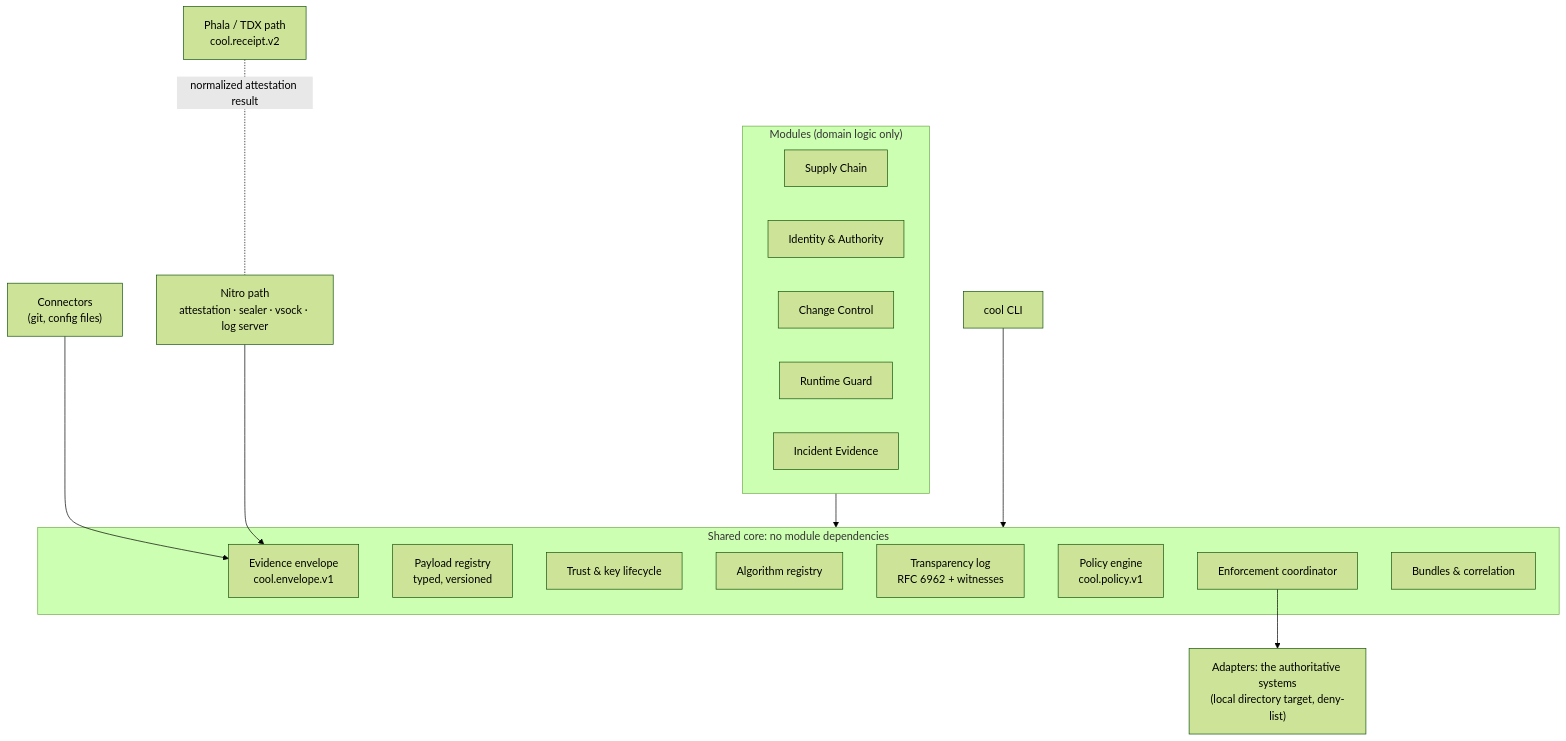
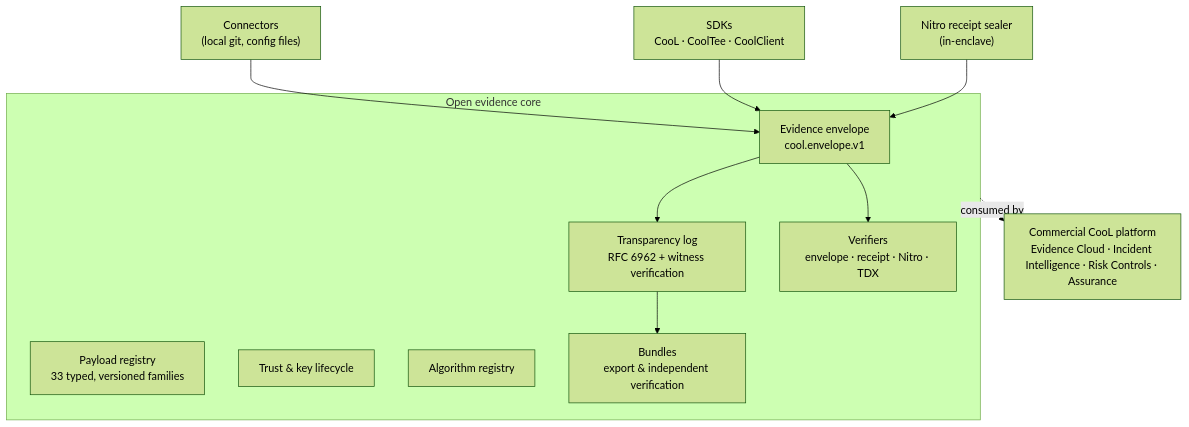
The diagram in docs/platform.md (Northwind-Cipher/cool-sdk), drawn with Mermaid (forest theme) before and after one commit. The commit also changed other lines of this file and 154 other files, not shown here.

First line of the commit message:
feat!: CooL open core under Apache-2.0; commercial layer moves private

````diff
--- a/docs/platform.md
+++ b/docs/platform.md
@@ -15,26 +15,18 @@
 ```mermaid
 flowchart TB
-  subgraph modules["Modules (domain logic only)"]
-    SC["Supply Chain"]
-    ID["Identity & Authority"]
-    CC["Change Control"]
-    RG["Runtime Guard"]
-    IE["Incident Evidence"]
-  end
-  subgraph core["Shared core: no module dependencies"]
+  CON["Connectors<br/>(local git, config files)"] --> ENV
+  SDK["SDKs<br/>CooL · CoolTee · CoolClient"] --> ENV
+  NIT["Nitro receipt sealer<br/>(in-enclave)"] --> ENV
+  subgraph core["Open evidence core"]
     ENV["Evidence envelope<br/>cool.envelope.v1"]
-    PAY["Payload registry<br/>typed, versioned"]
+    PAY["Payload registry<br/>33 typed, versioned families"]
     TRU["Trust & key lifecycle"]
     ALG["Algorithm registry"]
-    TRA["Transparency log<br/>RFC 6962 + witnesses"]
-    POL["Policy engine<br/>cool.policy.v1"]
-    ENF["Enforcement coordinator"]
-    BUN["Bundles & correlation"]
+    TRA["Transparency log<br/>RFC 6962 + witness verification"]
+    BUN["Bundles<br/>export & independent verification"]
+    VER["Verifiers<br/>envelope · receipt · Nitro · TDX"]
   end
-  CON["Connectors<br/>(git, config files)"] --> ENV
-  modules --> core
-  ENF --> ADP["Adapters: the authoritative systems<br/>(local directory target, deny-list)"]
-  NIT["Nitro path<br/>attestation · sealer · vsock · log server"] --> ENV
-  TDX["Phala / TDX path<br/>cool.receipt.v2"] -.normalized attestation result.- NIT
-  CLI["cool CLI"] --> core
+  ENV --> TRA --> BUN
+  ENV --> VER
+  core -. consumed by .-> COM["Commercial CooL platform<br/>Evidence Cloud · Incident Intelligence · Risk Controls · Assurance"]
 ```
````
